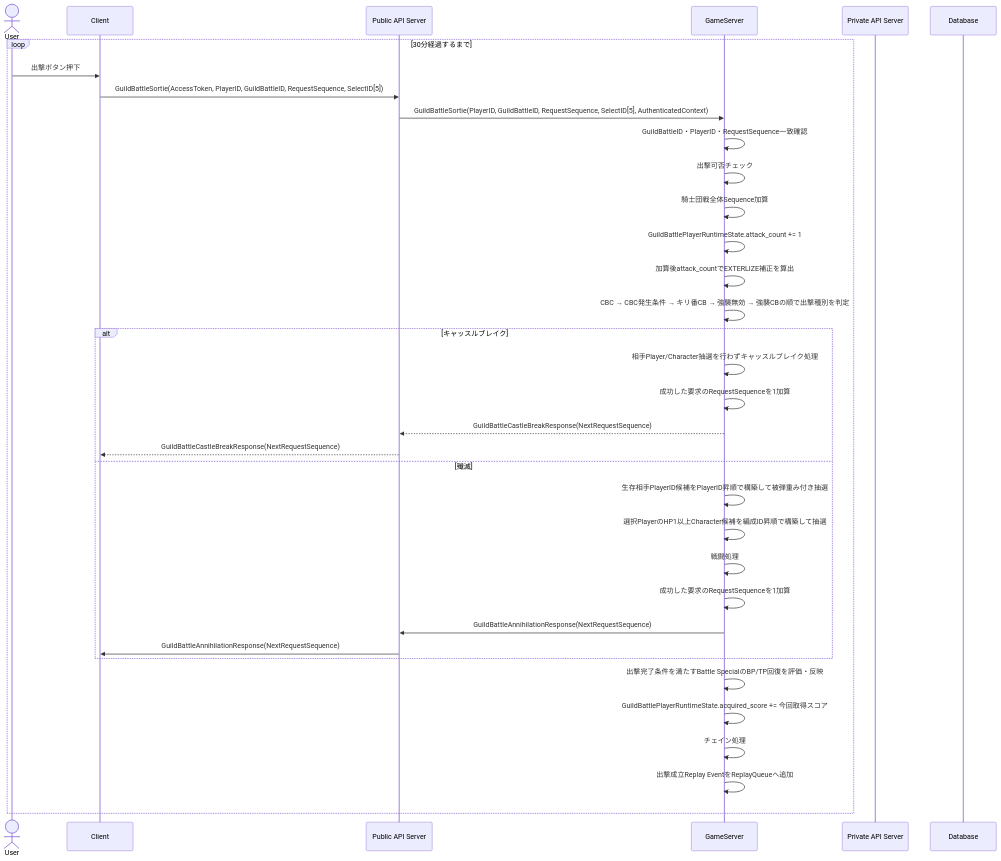
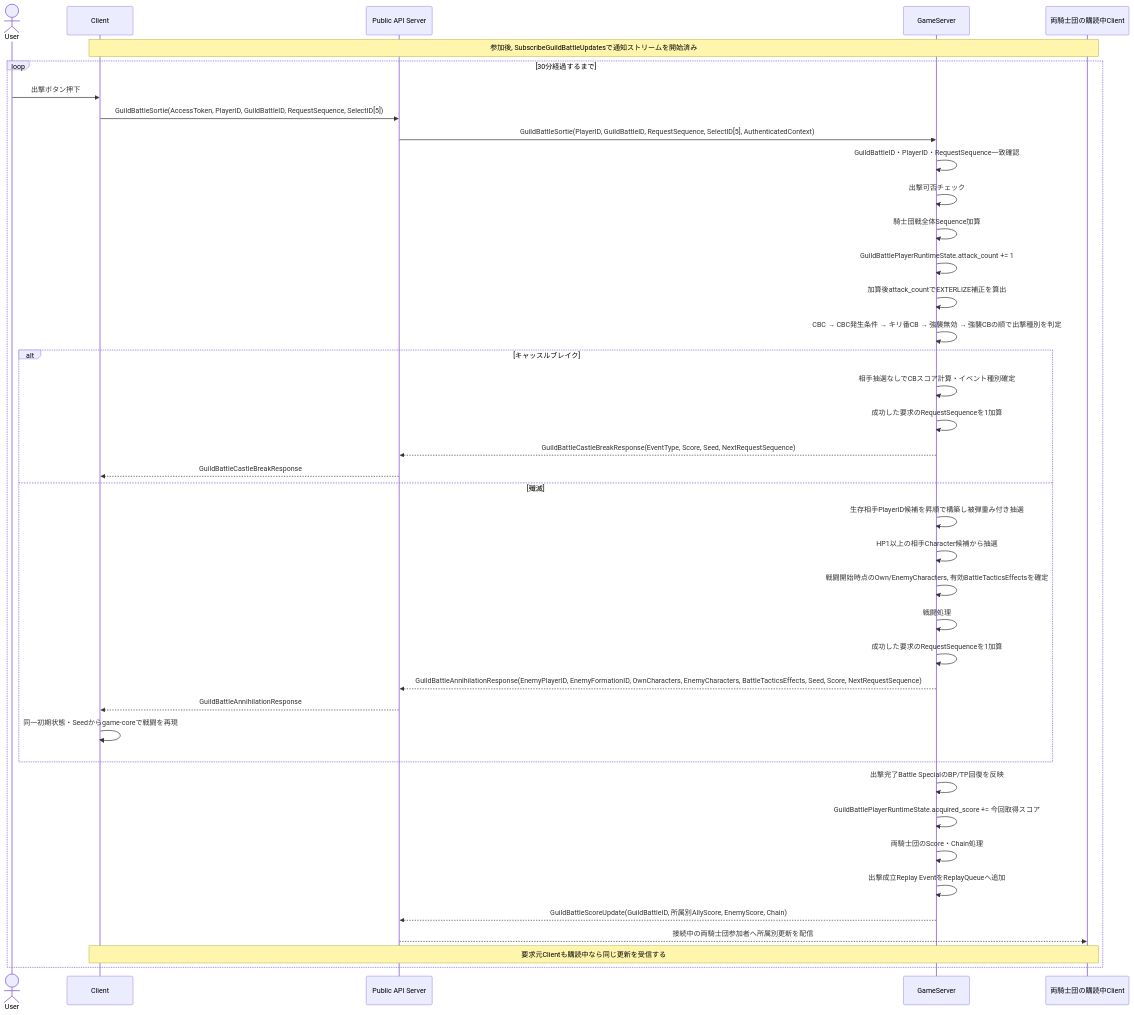
The fourth of 14 diagrams in design/server/guild_battle.md (ReHydrangeaOdyssey/Specifications), drawn with Mermaid before and after one commit. The commit also changed other lines of this file and 16 other files, not shown here.

````diff
--- a/design/server/guild_battle.md
+++ b/design/server/guild_battle.md
@@ -246,41 +248,45 @@
 ```mermaid
 sequenceDiagram
     actor User
     participant Client
     participant PublicAPIServer as Public API Server
     participant GameServer
-    participant PrivateAPIServer as Private API Server
-    participant Database
+    participant Subscribers as 両騎士団の購読中Client
 
+    Note over Client,Subscribers: 参加後, SubscribeGuildBattleUpdatesで通知ストリームを開始済み
     loop 30分経過するまで
         User ->> Client: 出撃ボタン押下
         Client ->> PublicAPIServer: GuildBattleSortie(AccessToken, PlayerID, GuildBattleID, RequestSequence, SelectID[5])
         PublicAPIServer ->> GameServer: GuildBattleSortie(PlayerID, GuildBattleID, RequestSequence, SelectID[5], AuthenticatedContext)
         GameServer ->> GameServer: GuildBattleID・PlayerID・RequestSequence一致確認
         GameServer ->> GameServer: 出撃可否チェック
         GameServer ->> GameServer: 騎士団戦全体Sequence加算
         GameServer ->> GameServer: GuildBattlePlayerRuntimeState.attack_count += 1
         GameServer ->> GameServer: 加算後attack_countでEXTERLIZE補正を算出
         GameServer ->> GameServer: CBC → CBC発生条件 → キリ番CB → 強襲無効 → 強襲CBの順で出撃種別を判定
 
         alt キャッスルブレイク
-            GameServer ->> GameServer: 相手Player/Character抽選を行わずキャッスルブレイク処理
-            GameServer->>GameServer: 成功した要求のRequestSequenceを1加算
-            GameServer -->> PublicAPIServer: GuildBattleCastleBreakResponse(NextRequestSequence)
-            PublicAPIServer -->> Client: GuildBattleCastleBreakResponse(NextRequestSequence)
+            GameServer ->> GameServer: 相手抽選なしでCBスコア計算・イベント種別確定
+            GameServer ->> GameServer: 成功した要求のRequestSequenceを1加算
+            GameServer -->> PublicAPIServer: GuildBattleCastleBreakResponse(EventType, Score, Seed, NextRequestSequence)
+            PublicAPIServer -->> Client: GuildBattleCastleBreakResponse
         else 殲滅
-            GameServer ->> GameServer: 生存相手PlayerID候補をPlayerID昇順で構築して被弾重み付き抽選
-            GameServer ->> GameServer: 選択PlayerのHP1以上Character候補を編成ID昇順で構築して抽選
+            GameServer ->> GameServer: 生存相手PlayerID候補を昇順で構築し被弾重み付き抽選
+            GameServer ->> GameServer: HP1以上の相手Character候補から抽選
+            GameServer ->> GameServer: 戦闘開始時点のOwn/EnemyCharacters, 有効BattleTacticsEffectsを確定
             GameServer ->> GameServer: 戦闘処理
-            GameServer->>GameServer: 成功した要求のRequestSequenceを1加算
-            GameServer ->> PublicAPIServer: GuildBattleAnnihilationResponse(NextRequestSequence)
-            PublicAPIServer ->> Client: GuildBattleAnnihilationResponse(NextRequestSequence)
+            GameServer ->> GameServer: 成功した要求のRequestSequenceを1加算
+            GameServer -->> PublicAPIServer: GuildBattleAnnihilationResponse(EnemyPlayerID, EnemyFormationID, OwnCharacters, EnemyCharacters, BattleTacticsEffects, Seed, Score, NextRequestSequence)
+            PublicAPIServer -->> Client: GuildBattleAnnihilationResponse
+            Client ->> Client: 同一初期状態・Seedからgame-coreで戦闘を再現
         end
 
-        GameServer ->> GameServer: 出撃完了条件を満たすBattle SpecialのBP/TP回復を評価・反映
+        GameServer ->> GameServer: 出撃完了Battle SpecialのBP/TP回復を反映
         GameServer ->> GameServer: GuildBattlePlayerRuntimeState.acquired_score += 今回取得スコア
-        GameServer ->> GameServer: チェイン処理
-
+        GameServer ->> GameServer: 両騎士団のScore・Chain処理
         GameServer ->> GameServer: 出撃成立Replay EventをReplayQueueへ追加
+        GameServer -->> PublicAPIServer: GuildBattleScoreUpdate(GuildBattleID, 所属別AllyScore, EnemyScore, Chain)
+        PublicAPIServer -->> Subscribers: 接続中の両騎士団参加者へ所属別更新を配信
+        Note over Client,Subscribers: 要求元Clientも購読中なら同じ更新を受信する
     end
 ```
````
